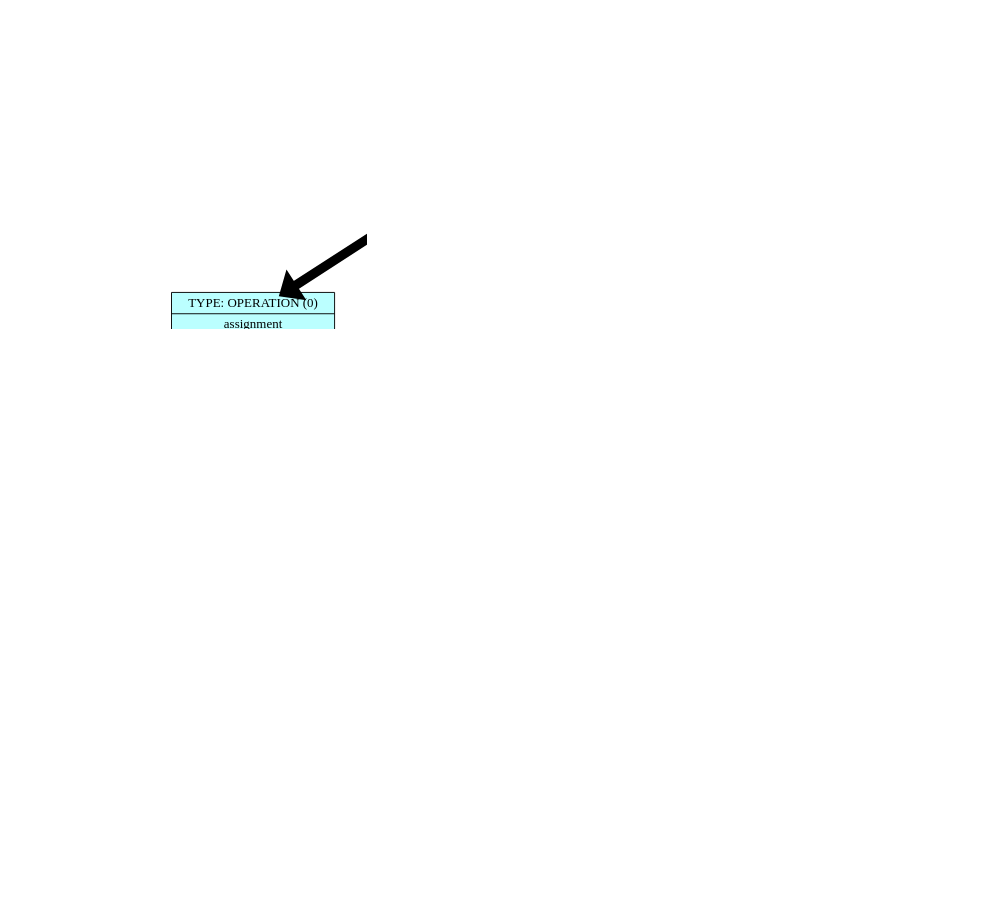
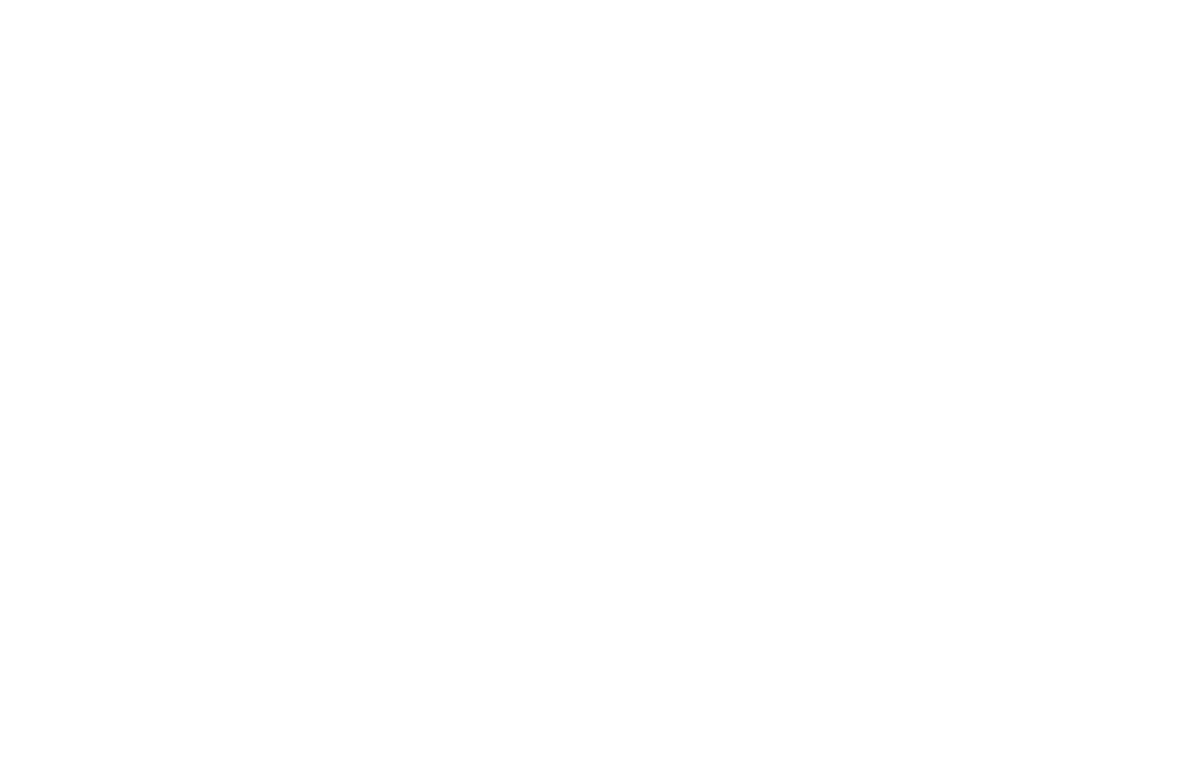
One commit to Troll0ton/Trollanguage changed the diagram in backend/dump/list_graph.dot. Above: the diagram before and after it, drawn with Graphviz. The commit also changed 26 other files, not shown here.

```diff
--- a/backend/dump/list_graph.dot
+++ b/backend/dump/list_graph.dot
@@ -1,59 +1,65 @@
 digraph structs {    
 rankdir = TB;        
 graph [dpi = 200];   
 ranksep = 1.5;       
 edge[penwidth = 10]; 
 cell0 [style = filled, color = black, shape=record, 
 fillcolor = paleturquoise1, label = " { <ptr> TYPE: OPERATION (0) | sequence} " ];                         
 cell1 [style = filled, color = black, shape=record, 
 fillcolor = paleturquoise1, label = " { <ptr> TYPE: OPERATION (0) | sequence} " ];                         
 cell2 [style = filled, color = black, shape=record, 
+fillcolor = paleturquoise1, label = " { <ptr> TYPE: OPERATION (0) | sequence} " ];                         
+cell3 [style = filled, color = black, shape=record, 
 fillcolor = paleturquoise1, label = " { <ptr> TYPE: OPERATION (0) | assignment} " ];                         
-cell3 [style = filled, color = black, shape=record, 
+cell4 [style = filled, color = black, shape=record, 
 fillcolor = darkolivegreen2, label = " { <ptr> TYPE: VARIABLE (0) | x} " ];                         
-cell4 [style = filled, color = black, shape=record, 
-fillcolor = paleturquoise1, label = " { <ptr> TYPE: OPERATION (0) | call} " ];                         
 cell5 [style = filled, color = black, shape=record, 
-fillcolor = darkolivegreen2, label = " { <ptr> TYPE: VARIABLE (0) | n} " ];                         
+fillcolor = coral2, label = " { <ptr> TYPE: NUMERIC (0) | 900} " ];                         
 cell6 [style = filled, color = black, shape=record, 
 fillcolor = paleturquoise1, label = " { <ptr> TYPE: OPERATION (0) | funct} " ];                         
 cell7 [style = filled, color = black, shape=record, 
 fillcolor = darkolivegreen2, label = " { <ptr> TYPE: VARIABLE (0) | n} " ];                         
 cell8 [style = filled, color = black, shape=record, 
 fillcolor = paleturquoise1, label = " { <ptr> TYPE: OPERATION (0) | body} " ];                         
 cell9 [style = filled, color = black, shape=record, 
-fillcolor = paleturquoise1, label = " { <ptr> TYPE: OPERATION (0) | sequence} " ];                         
+fillcolor = coral2, label = " { <ptr> TYPE: NUMERIC (0) | 77} " ];                         
 cell10 [style = filled, color = black, shape=record, 
-fillcolor = paleturquoise1, label = " { <ptr> TYPE: OPERATION (0) | assignment} " ];                         
+fillcolor = paleturquoise1, label = " { <ptr> TYPE: OPERATION (0) | funct} " ];                         
 cell11 [style = filled, color = black, shape=record, 
-fillcolor = darkolivegreen2, label = " { <ptr> TYPE: VARIABLE (0) | y} " ];                         
+fillcolor = darkolivegreen2, label = " { <ptr> TYPE: VARIABLE (0) | a} " ];                         
 cell12 [style = filled, color = black, shape=record, 
-fillcolor = coral2, label = " { <ptr> TYPE: NUMERIC (0) | 200} " ];                         
+fillcolor = paleturquoise1, label = " { <ptr> TYPE: OPERATION (0) | body} " ];                         
 cell13 [style = filled, color = black, shape=record, 
-fillcolor = coral2, label = " { <ptr> TYPE: NUMERIC (0) | 100} " ];                         
+fillcolor = coral2, label = " { <ptr> TYPE: NUMERIC (0) | 77} " ];                         
 cell14 [style = filled, color = black, shape=record, 
 fillcolor = paleturquoise1, label = " { <ptr> TYPE: OPERATION (0) | out} " ];                         
 cell15 [style = filled, color = black, shape=record, 
 fillcolor = paleturquoise1, label = " { <ptr> TYPE: OPERATION (0) | add} " ];                         
 cell16 [style = filled, color = black, shape=record, 
-fillcolor = darkolivegreen2, label = " { <ptr> TYPE: VARIABLE (0) | x} " ];                         
+fillcolor = paleturquoise1, label = " { <ptr> TYPE: OPERATION (0) | call} " ];                         
 cell17 [style = filled, color = black, shape=record, 
-fillcolor = darkolivegreen2, label = " { <ptr> TYPE: VARIABLE (0) | y} " ];                         
+fillcolor = darkolivegreen2, label = " { <ptr> TYPE: VARIABLE (0) | a} " ];                         
+cell18 [style = filled, color = black, shape=record, 
+fillcolor = paleturquoise1, label = " { <ptr> TYPE: OPERATION (0) | call} " ];                         
+cell19 [style = filled, color = black, shape=record, 
+fillcolor = darkolivegreen2, label = " { <ptr> TYPE: VARIABLE (0) | n} " ];                         
 cell0 -> cell1;
 cell1 -> cell2;
 cell2 -> cell3;
-cell2 -> cell4;
-cell4 -> cell5;
-cell1 -> cell6;
+cell3 -> cell4;
+cell3 -> cell5;
+cell2 -> cell6;
 cell6 -> cell7;
 cell6 -> cell8;
 cell8 -> cell9;
-cell9 -> cell10;
+cell1 -> cell10;
 cell10 -> cell11;
 cell10 -> cell12;
-cell9 -> cell13;
+cell12 -> cell13;
 cell0 -> cell14;
 cell14 -> cell15;
 cell15 -> cell16;
-cell15 -> cell17;
+cell16 -> cell17;
+cell15 -> cell18;
+cell18 -> cell19;
 }
```
